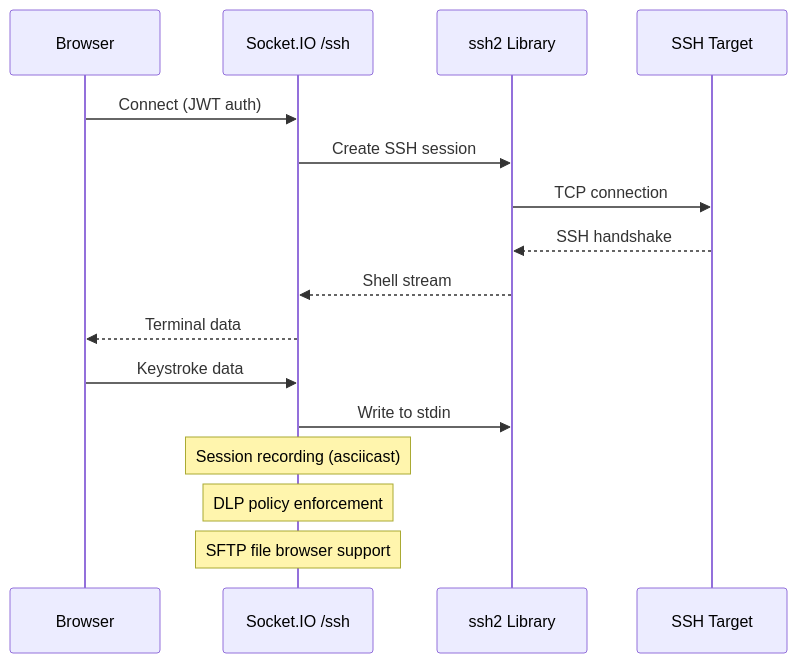
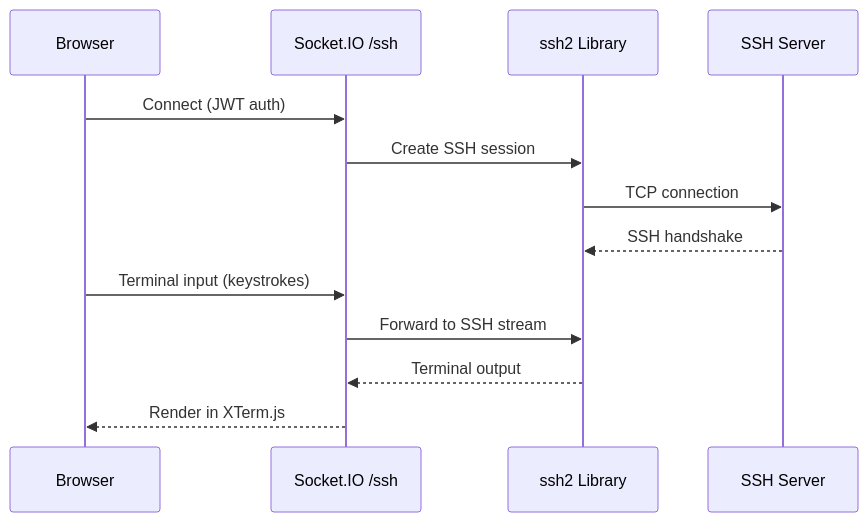
The fifth of 10 diagrams in docs/architecture.md (dnviti/remote-desktop-manager), drawn with Mermaid before and after one commit. The commit also changed other lines of this file and 38 other files, not shown here.

````diff
--- a/docs/architecture.md
+++ b/docs/architecture.md
@@ -428,19 +192,16 @@
 ```mermaid
 sequenceDiagram
     participant Browser
     participant SocketIO as Socket.IO /ssh
     participant SSH2 as ssh2 Library
-    participant Target as SSH Target
+    participant Target as SSH Server
 
     Browser->>SocketIO: Connect (JWT auth)
     SocketIO->>SSH2: Create SSH session
     SSH2->>Target: TCP connection
     Target-->>SSH2: SSH handshake
-    SSH2-->>SocketIO: Shell stream
-    SocketIO-->>Browser: Terminal data
-    Browser->>SocketIO: Keystroke data
-    SocketIO->>SSH2: Write to stdin
-    Note over SocketIO: Session recording (asciicast)
-    Note over SocketIO: DLP policy enforcement
-    Note over SocketIO: SFTP file browser support
+    Browser->>SocketIO: Terminal input (keystrokes)
+    SocketIO->>SSH2: Forward to SSH stream
+    SSH2-->>SocketIO: Terminal output
+    SocketIO-->>Browser: Render in XTerm.js
 ```
````
